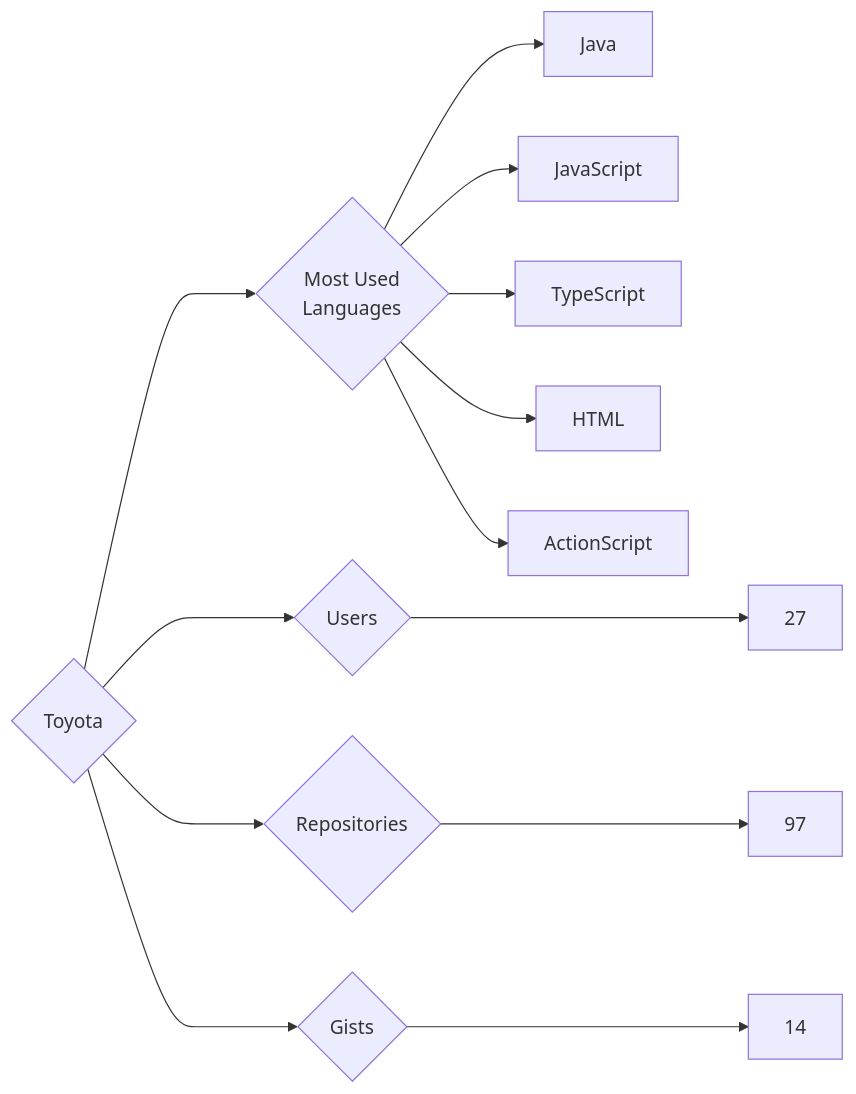
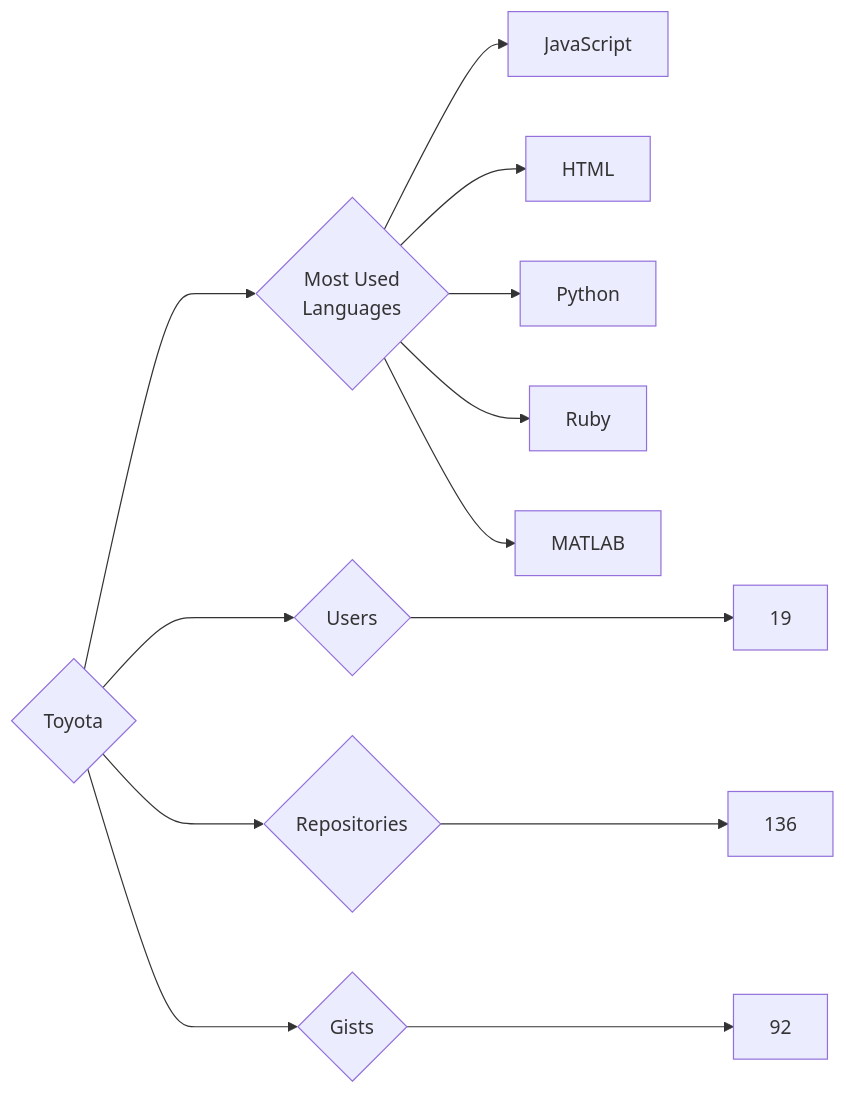
Before and after one commit to trickest/insiders: the diagram in targets/Toyota/README.md, drawn with Mermaid. The commit also changed 995 other files, not shown here.

````diff
--- a/targets/Toyota/README.md
+++ b/targets/Toyota/README.md
@@ -3,13 +3,13 @@
 ```mermaid
 graph LR
 COMPANY_NAME{Toyota}
-COMPANY_NAME ---> U{Users} ---> UN[27]
-COMPANY_NAME ---> R{Repositories} ---> RN[97]
-COMPANY_NAME ---> G{Gists} ---> GN[14]
+COMPANY_NAME ---> U{Users} ---> UN[19]
+COMPANY_NAME ---> R{Repositories} ---> RN[136]
+COMPANY_NAME ---> G{Gists} ---> GN[92]
 COMPANY_NAME ---> ML{Most Used<br>Languages}
-ML --> Java[Java]
 ML --> JavaScript[JavaScript]
-ML --> TypeScript[TypeScript]
 ML --> HTML[HTML]
-ML --> ActionScript[ActionScript]
+ML --> Python[Python]
+ML --> Ruby[Ruby]
+ML --> MATLAB[MATLAB]
 ```
````
